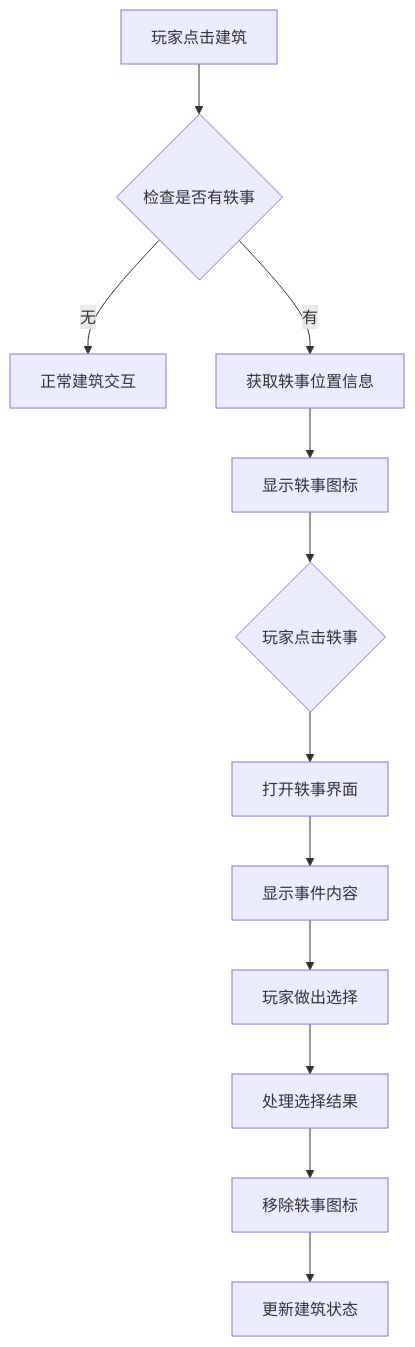
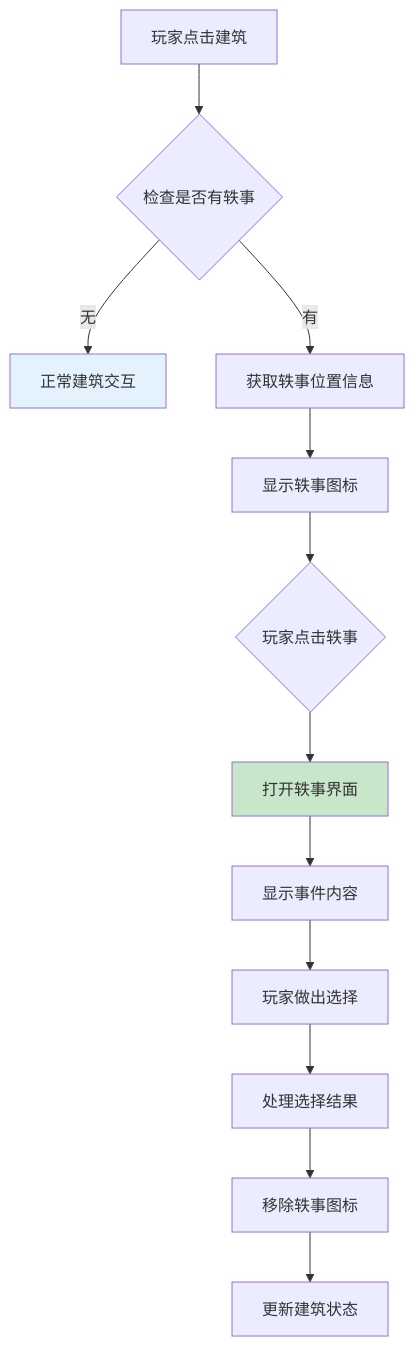
Before and after one commit to Alan-Ben/k2c_game_framework: the fourth of 9 diagrams in docs/Module_Ancecdote/05_完整说明.md, drawn with Mermaid. The commit also changed other lines of this file and 5 other files, not shown here.

````diff
--- a/docs/Module_Ancecdote/05_完整说明.md
+++ b/docs/Module_Ancecdote/05_完整说明.md
@@ -136,14 +183,17 @@
 ```mermaid
 flowchart TD
     A[玩家点击建筑] --> B{检查是否有轶事}
     B -->|无| C[正常建筑交互]
     B -->|有| D[获取轶事位置信息]
     D --> E[显示轶事图标]
     E --> F{玩家点击轶事}
     F --> G[打开轶事界面]
     G --> H[显示事件内容]
     H --> I[玩家做出选择]
     I --> J[处理选择结果]
     J --> K[移除轶事图标]
     K --> L[更新建筑状态]
+
+    style C fill:#e3f2fd
+    style G fill:#c8e6c9
 ```
````
